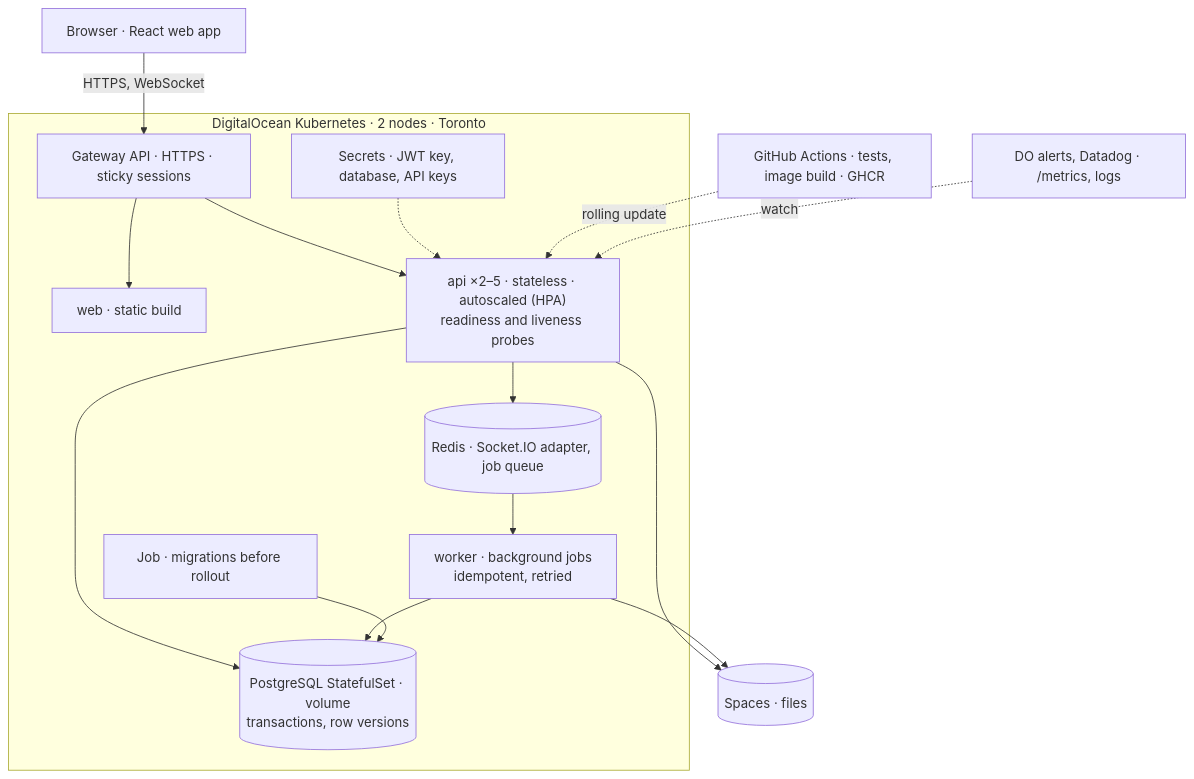
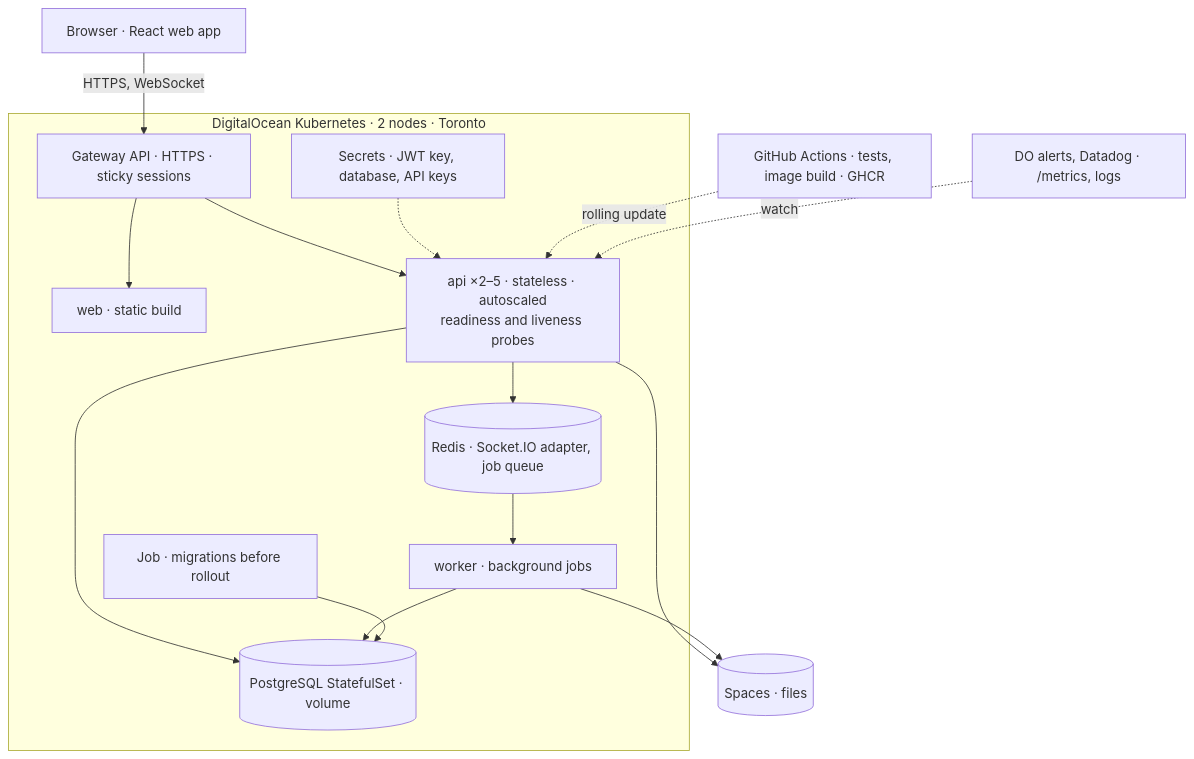
The diagram in docs/PROPOSAL.md (nabeegh-khan/contentcollab), drawn with Mermaid before and after one commit. The commit also changed other lines of this file, not shown here.

````diff
--- a/docs/PROPOSAL.md
+++ b/docs/PROPOSAL.md
@@ -25,30 +23,30 @@
 ```mermaid
 flowchart TB
   U["Browser · React web app"]
   subgraph DOKS["DigitalOcean Kubernetes · 2 nodes · Toronto"]
     GW["Gateway API · HTTPS · sticky sessions"]
     W["web · static build"]
-    A["api ×2–5 · stateless · autoscaled (HPA)<br/>readiness and liveness probes"]
-    K["worker · background jobs<br/>idempotent, retried"]
+    A["api ×2–5 · stateless · autoscaled<br/>readiness and liveness probes"]
+    K["worker · background jobs"]
     R[("Redis · Socket.IO adapter, job queue")]
-    P[("PostgreSQL StatefulSet · volume<br/>transactions, row versions")]
+    P[("PostgreSQL StatefulSet · volume")]
     J["Job · migrations before rollout"]
     SEC["Secrets · JWT key, database, API keys"]
   end
   S[("Spaces · files")]
   CI["GitHub Actions · tests, image build · GHCR"]
   M["DO alerts, Datadog · /metrics, logs"]
   U -- "HTTPS, WebSocket" --> GW
   GW --> W
   GW --> A
   A --> R
   R --> K
   A --> P
   K --> P
   A --> S
   K --> S
   J --> P
   SEC -.-> A
   CI -. "rolling update" .-> A
   M -. watch .-> A
 ```
````
